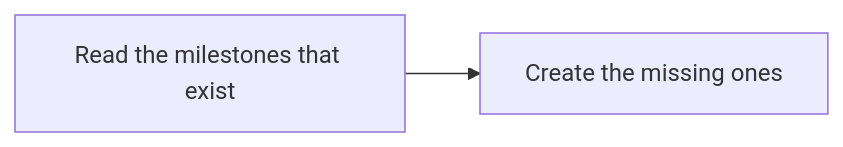
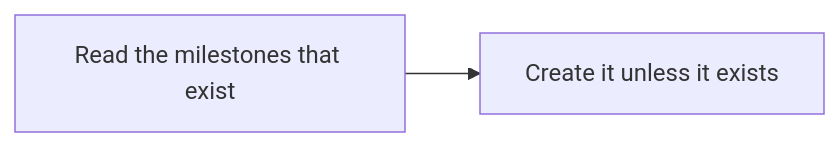
The fifth of 6 diagrams in skills/workflow-health/references/commands.md (jcl2018/agent-workflow-template), drawn with Mermaid before and after one commit. The commit also changed other lines of this file and 21 other files, not shown here.

````diff
--- a/skills/workflow-health/references/commands.md
+++ b/skills/workflow-health/references/commands.md
@@ -245,6 +270,6 @@
 ```mermaid
 flowchart LR
   a["Read the milestones that exist"]
-  b["Create the missing ones"]
+  b["Create it unless it exists"]
   a --> b
 ```
````
